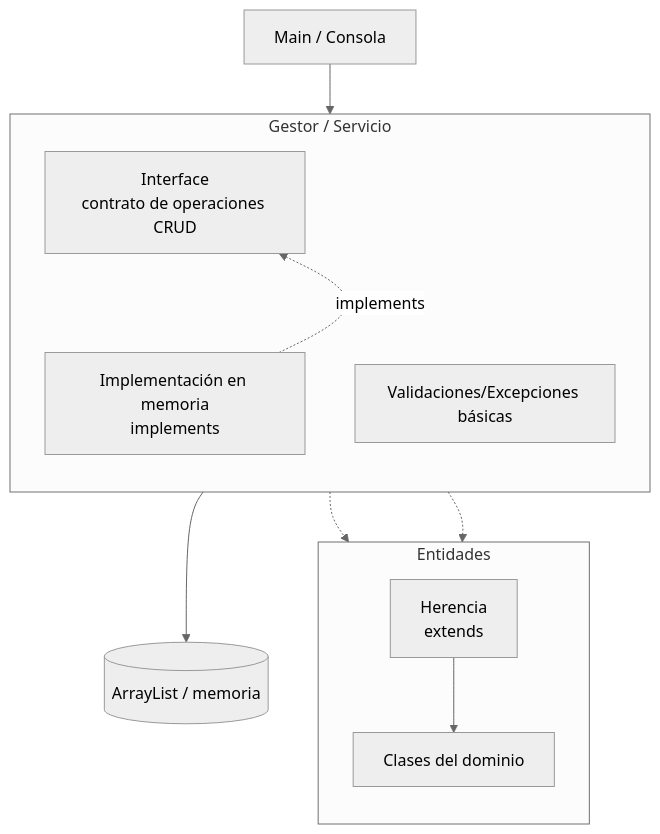
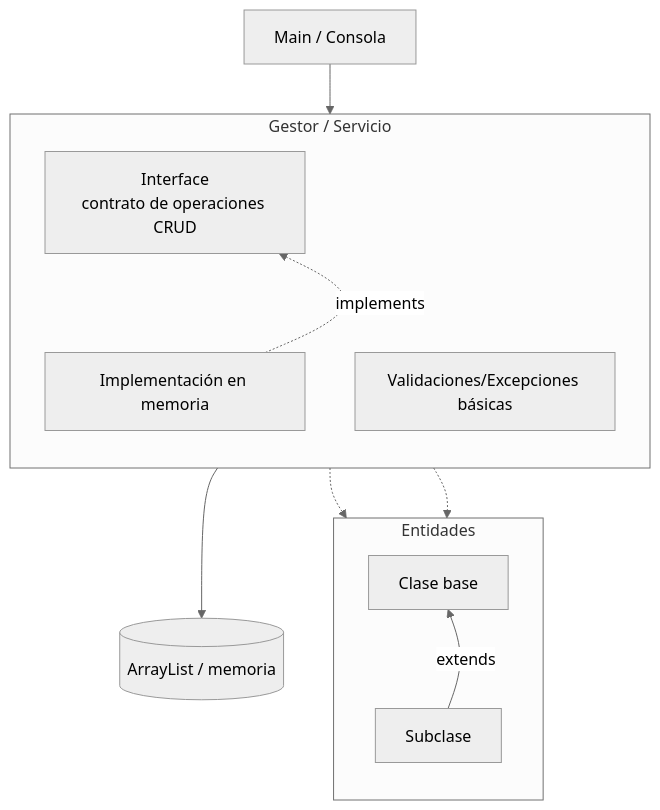
The first of 3 diagrams in docs/index.md (262poo/comarket), drawn with Mermaid (neutral theme) before and after one commit. The commit also changed other lines of this file and 9 other files, not shown here.

````diff
--- a/docs/index.md
+++ b/docs/index.md
@@ -70,27 +70,28 @@
 ```mermaid
 flowchart TB
     Main["Main / Consola"]
 
     subgraph ServiceU1["Gestor / Servicio"]
         direction TB
         InterfaceU1["Interface<br/>contrato de operaciones CRUD"]
-        ImplementacionU1["Implementación en memoria<br/>implements"]
+        ImplementacionU1["Implementación en memoria"]
         ValidacionesU1["Validaciones/Excepciones básicas"]
     end
 
     subgraph EntitiesU1["Entidades"]
         direction TB
-        HerenciaU1["Herencia<br/>extends"]
-        ClasesU1["Clases del dominio"]
+        ClaseBaseU1["Clase base"]
+        SubclaseU1["Subclase"]
     end
 
     MemoriaU1[("ArrayList / memoria")]
 
     Main --> InterfaceU1
     InterfaceU1 ~~~ ImplementacionU1
     ImplementacionU1 -. implements .-> InterfaceU1
     InterfaceU1 -.-> EntitiesU1
     ImplementacionU1 -.-> EntitiesU1
-    HerenciaU1 --> ClasesU1
+    ClaseBaseU1 ~~~ SubclaseU1
+    SubclaseU1 -- extends --> ClaseBaseU1
     ImplementacionU1 --> MemoriaU1
 ```
````
